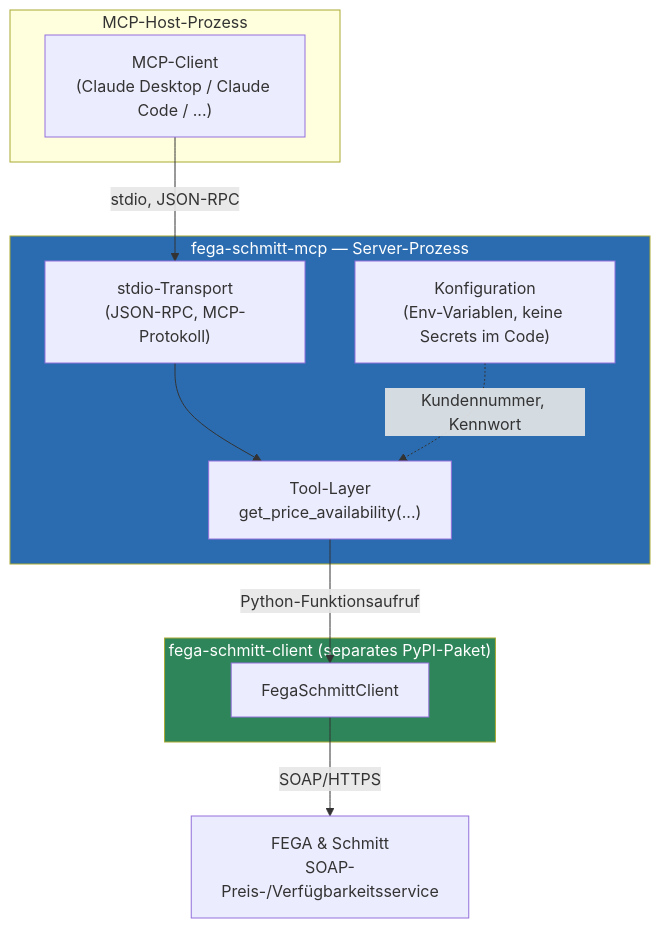
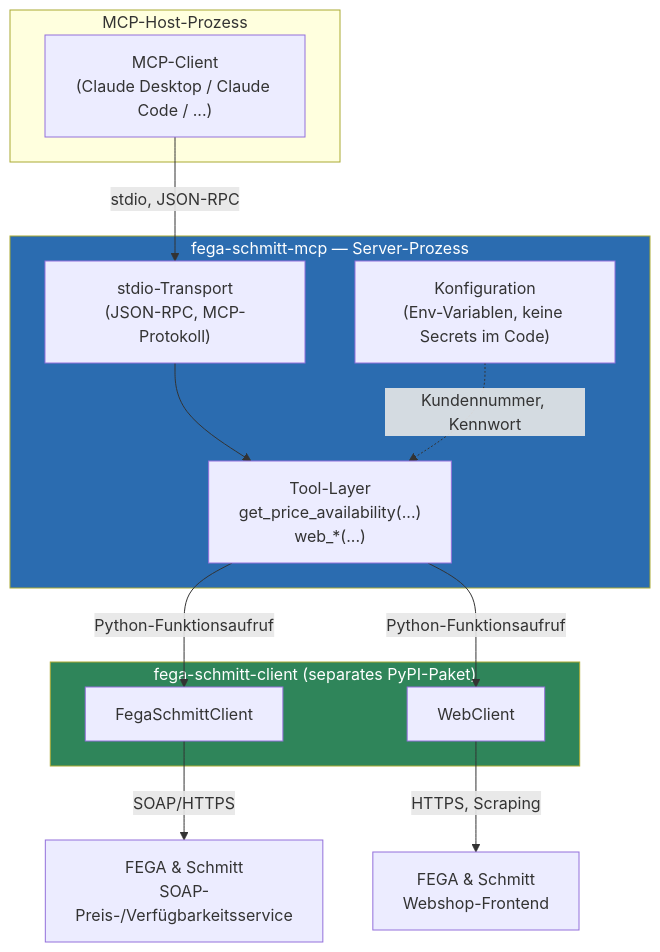
The first of 3 diagrams in docs/architecture.md (the78mole/fega-schmitt-mcp), drawn with Mermaid before and after one commit. The commit also changed other lines of this file and 8 other files, not shown here.

Commit message:
feat: add webshop integration with shop frontend tools

````diff
--- a/docs/architecture.md
+++ b/docs/architecture.md
@@ -9,27 +10,31 @@
 ```mermaid
 graph TD
     subgraph Host["MCP-Host-Prozess"]
         Client["MCP-Client<br/>(Claude Desktop / Claude Code / ...)"]
     end
 
     subgraph Server["fega-schmitt-mcp — Server-Prozess"]
         Transport["stdio-Transport<br/>(JSON-RPC, MCP-Protokoll)"]
-        Tool["Tool-Layer<br/>get_price_availability(...)"]
+        Tool["Tool-Layer<br/>get_price_availability(...)<br/>web_*(...)"]
         Config["Konfiguration<br/>(Env-Variablen, keine Secrets im Code)"]
     end
 
     subgraph Lib["fega-schmitt-client (separates PyPI-Paket)"]
         FC["FegaSchmittClient"]
+        WC["WebClient"]
     end
 
     API["FEGA & Schmitt<br/>SOAP-Preis-/Verfügbarkeitsservice"]
+    SHOP["FEGA & Schmitt<br/>Webshop-Frontend"]
 
     Client -->|stdio, JSON-RPC| Transport
     Transport --> Tool
     Config -.->|Kundennummer, Kennwort| Tool
     Tool -->|Python-Funktionsaufruf| FC
+    Tool -->|Python-Funktionsaufruf| WC
     FC -->|SOAP/HTTPS| API
+    WC -->|HTTPS, Scraping| SHOP
 
     style Server fill:#2b6cb0,color:#fff
     style Lib fill:#2f855a,color:#fff
 ```
````
